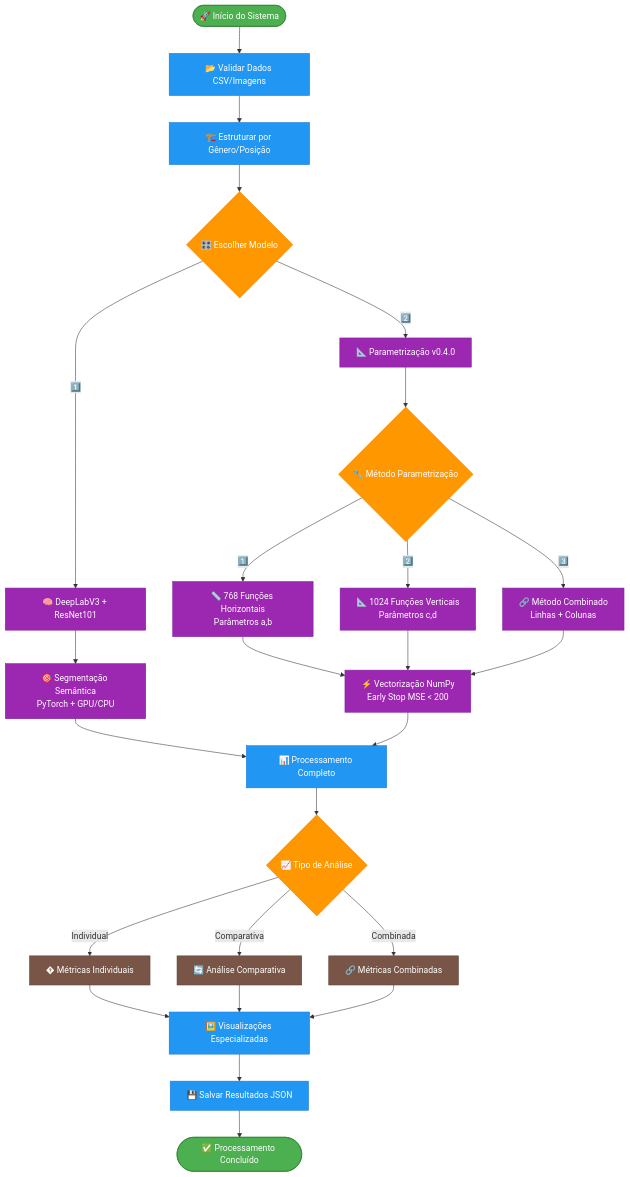
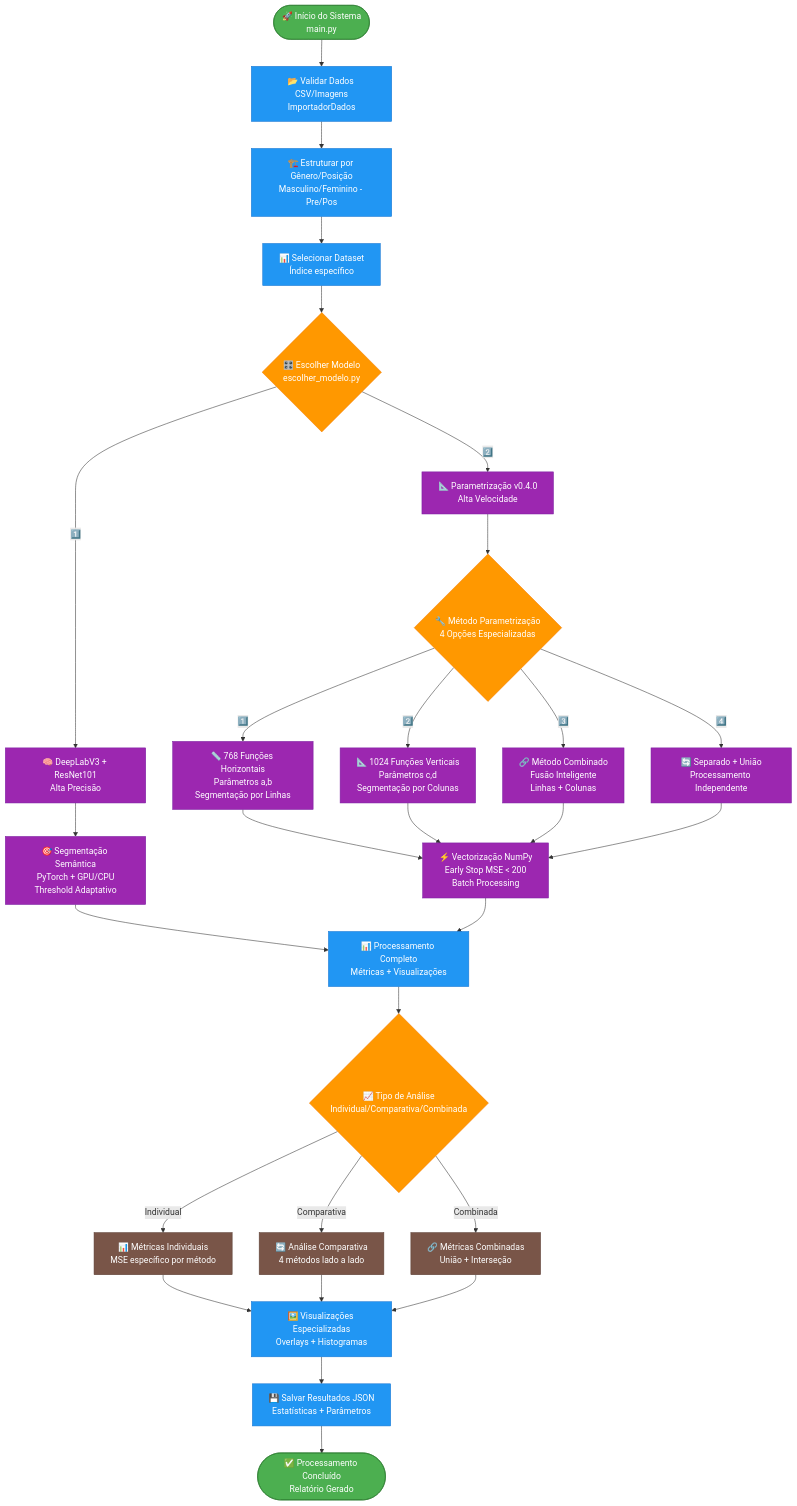
One commit to danilorigitano/DesafioInovia-dev changed the second of 12 diagrams in README.md. Above: the diagram before and after it, drawn with Mermaid. The commit also changed other lines of this file and 5 other files, not shown here.

````diff
--- a/README.md
+++ b/README.md
@@ -78,48 +78,52 @@
 ```mermaid
 flowchart TD
-    Start([🚀 Início do Sistema]) --> ValidData[📂 Validar Dados CSV/Imagens]
-    ValidData --> StructData[🏗️ Estruturar por Gênero/Posição]
-    StructData --> ChooseModel{🎛️ Escolher Modelo}
+    Start([🚀 Início do Sistema<br/>main.py]) --> ValidData[📂 Validar Dados CSV/Imagens<br/>ImportadorDados]
+    ValidData --> StructData[🏗️ Estruturar por Gênero/Posição<br/>Masculino/Feminino - Pre/Pos]
+    StructData --> DatasetSelect[📊 Selecionar Dataset<br/>Índice específico]
+    DatasetSelect --> ChooseModel{🎛️ Escolher Modelo<br/>escolher_modelo.py}
     
-    ChooseModel -->|1️⃣| DeepLabV3[🧠 DeepLabV3 + ResNet101]
-    ChooseModel -->|2️⃣| Parametrizacao[📐 Parametrização v0.4.0]
+    ChooseModel -->|1️⃣| DeepLabV3[🧠 DeepLabV3 + ResNet101<br/>Alta Precisão]
+    ChooseModel -->|2️⃣| Parametrizacao[📐 Parametrização v0.4.0<br/>Alta Velocidade]
     
-    DeepLabV3 --> DLProcess[🎯 Segmentação Semântica<br/>PyTorch + GPU/CPU]
-    Parametrizacao --> MethodChoice{🔧 Método Parametrização}
+    DeepLabV3 --> DLProcess[🎯 Segmentação Semântica<br/>PyTorch + GPU/CPU<br/>Threshold Adaptativo]
+    Parametrizacao --> MethodChoice{🔧 Método Parametrização<br/>4 Opções Especializadas}
     
-    MethodChoice -->|1️⃣| LinhasMethod[📏 768 Funções Horizontais<br/>Parâmetros a,b]
-    MethodChoice -->|2️⃣| ColunasMethod[📐 1024 Funções Verticais<br/>Parâmetros c,d]
-    MethodChoice -->|3️⃣| CombinedMethod[🔗 Método Combinado<br/>Linhas + Colunas]
+    MethodChoice -->|1️⃣| LinhasMethod[📏 768 Funções Horizontais<br/>Parâmetros a,b<br/>Segmentação por Linhas]
+    MethodChoice -->|2️⃣| ColunasMethod[📐 1024 Funções Verticais<br/>Parâmetros c,d<br/>Segmentação por Colunas]
+    MethodChoice -->|3️⃣| CombinedMethod[🔗 Método Combinado<br/>Fusão Inteligente<br/>Linhas + Colunas]
+    MethodChoice -->|4️⃣| SeparatedMethod[🔄 Separado + União<br/>Processamento Independente]
     
-    LinhasMethod --> VectorProcess[⚡ Vectorização NumPy<br/>Early Stop MSE < 200]
+    LinhasMethod --> VectorProcess[⚡ Vectorização NumPy<br/>Early Stop MSE < 200<br/>Batch Processing]
     ColunasMethod --> VectorProcess
     CombinedMethod --> VectorProcess
+    SeparatedMethod --> VectorProcess
     
-    DLProcess --> Results[📊 Processamento Completo]
+    DLProcess --> Results[📊 Processamento Completo<br/>Métricas + Visualizações]
     VectorProcess --> Results
     
-    Results --> Analysis{📈 Tipo de Análise}
-    Analysis -->|Individual| IndividualMetrics[� Métricas Individuais]
-    Analysis -->|Comparativa| ComparativeMetrics[🔄 Análise Comparativa]
-    Analysis -->|Combinada| CombinedMetrics[🔗 Métricas Combinadas]
+    Results --> Analysis{📈 Tipo de Análise<br/>Individual/Comparativa/Combinada}
+    Analysis -->|Individual| IndividualMetrics[📊 Métricas Individuais<br/>MSE específico por método]
+    Analysis -->|Comparativa| ComparativeMetrics[🔄 Análise Comparativa<br/>4 métodos lado a lado]
+    Analysis -->|Combinada| CombinedMetrics[🔗 Métricas Combinadas<br/>União + Interseção]
     
-    IndividualMetrics --> Visualizations[🖼️ Visualizações Especializadas]
+    IndividualMetrics --> Visualizations[🖼️ Visualizações Especializadas<br/>Overlays + Histogramas]
     ComparativeMetrics --> Visualizations
     CombinedMetrics --> Visualizations
     
-    Visualizations --> SaveJSON[💾 Salvar Resultados JSON]
-    SaveJSON --> End([✅ Processamento Concluído])
+    Visualizations --> SaveJSON[💾 Salvar Resultados JSON<br/>Estatísticas + Parâmetros]
+    SaveJSON --> End([✅ Processamento Concluído<br/>Relatório Gerado])
     
     classDef start fill:#4CAF50,stroke:#2E7D32,color:#fff
     classDef process fill:#2196F3,stroke:#1976D2,color:#fff
     classDef decision fill:#FF9800,stroke:#F57C00,color:#fff
     classDef model fill:#9C27B0,stroke:#7B1FA2,color:#fff
     classDef analysis fill:#795548,stroke:#5D4037,color:#fff
     classDef output fill:#F44336,stroke:#C62828,color:#fff
+    classDef finalization fill:#607D8B,stroke:#455A64,color:#fff
     
     class Start,End start
-    class ValidData,StructData,Results,Visualizations,SaveJSON process
+    class ValidData,StructData,DatasetSelect,Results,Visualizations,SaveJSON process
     class ChooseModel,MethodChoice,Analysis decision
-    class DeepLabV3,Parametrizacao,LinhasMethod,ColunasMethod,CombinedMethod,DLProcess,VectorProcess model
+    class DeepLabV3,Parametrizacao,LinhasMethod,ColunasMethod,CombinedMethod,SeparatedMethod,DLProcess,VectorProcess model
     class IndividualMetrics,ComparativeMetrics,CombinedMetrics analysis
 ```
````
